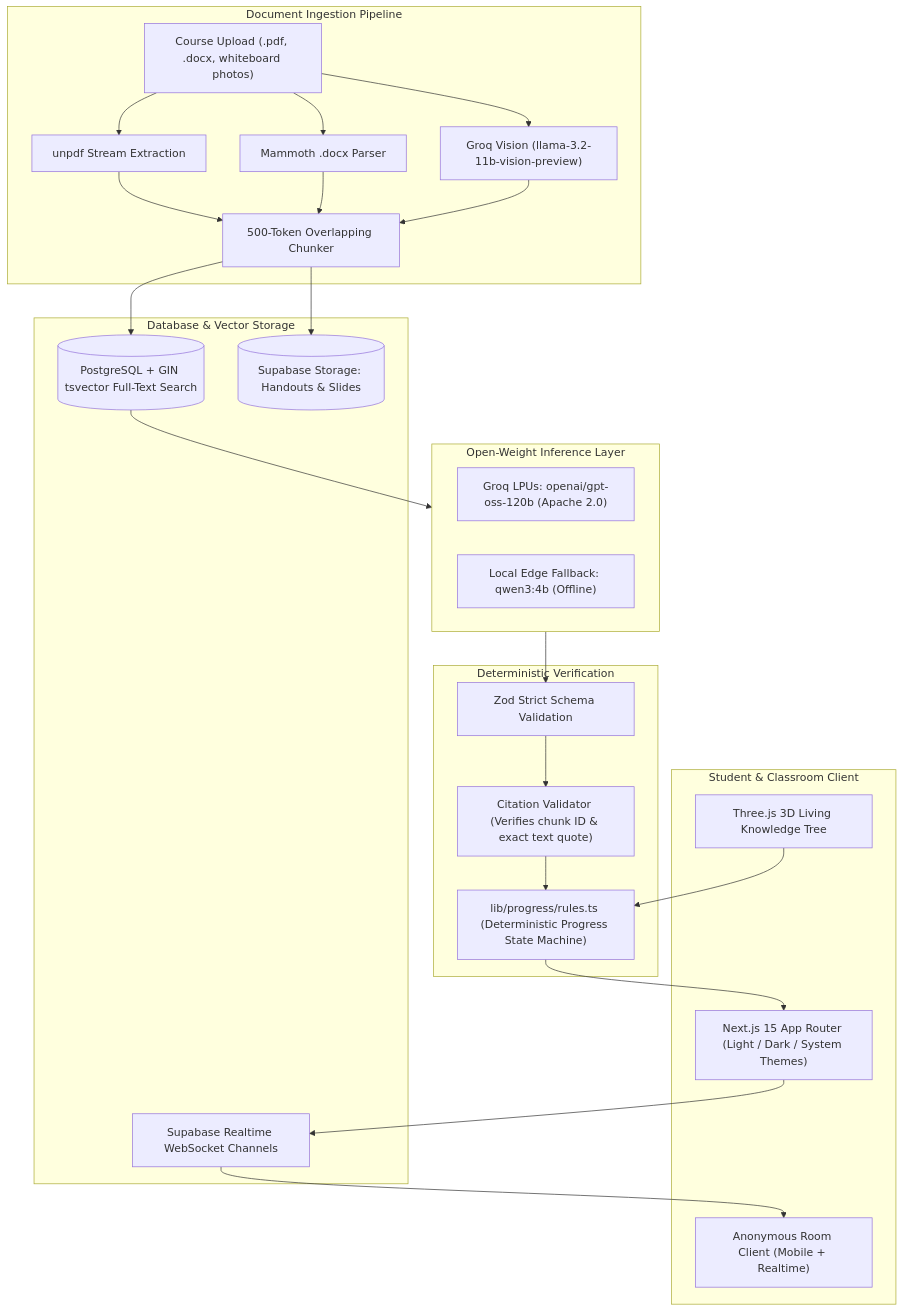
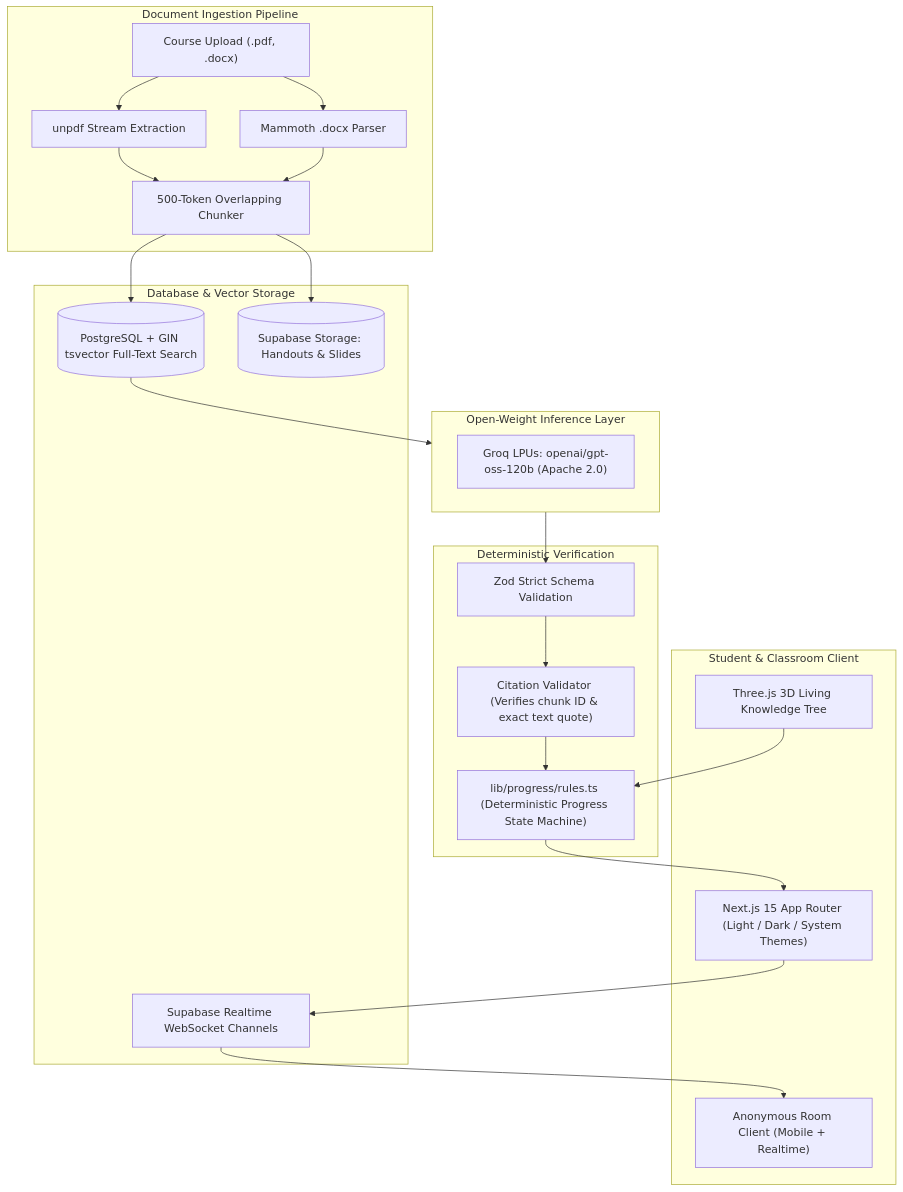
One commit to hicksonhaziel/rootwise changed the diagram in README.md. Above: the diagram before and after it, drawn with Mermaid. The commit also changed other lines of this file and 4 other files, not shown here.

````diff
--- a/README.md
+++ b/README.md
@@ -55,42 +55,40 @@
 ```mermaid
 flowchart TD
     subgraph Client["Student & Classroom Client"]
         UI["Next.js 15 App Router (Light / Dark / System Themes)"]
         Tree["Three.js 3D Living Knowledge Tree"]
         Room["Anonymous Room Client (Mobile + Realtime)"]
     end
 
     subgraph Ingestion["Document Ingestion Pipeline"]
-        Upload["Course Upload (.pdf, .docx, whiteboard photos)"]
-        OCR["Groq Vision (llama-3.2-11b-vision-preview)"]
+        Upload["Course Upload (.pdf, .docx)"]
         Word["Mammoth .docx Parser"]
         PDF["unpdf Stream Extraction"]
         Chunker["500-Token Overlapping Chunker"]
     end
 
     subgraph Storage["Database & Vector Storage"]
         DB[("PostgreSQL + GIN tsvector Full-Text Search")]
         Bucket[("Supabase Storage: Handouts & Slides")]
         Realtime["Supabase Realtime WebSocket Channels"]
     end
 
     subgraph AI["Open-Weight Inference Layer"]
         Groq["Groq LPUs: openai/gpt-oss-120b (Apache 2.0)"]
-        Ollama["Local Edge Fallback: qwen3:4b (Offline)"]
     end
 
     subgraph Guardrails["Deterministic Verification"]
         Zod["Zod Strict Schema Validation"]
         CiteVal["Citation Validator (Verifies chunk ID & exact text quote)"]
         Rules["lib/progress/rules.ts (Deterministic Progress State Machine)"]
     end
 
-    Upload --> PDF & Word & OCR
-    PDF & Word & OCR --> Chunker
+    Upload --> PDF & Word
+    PDF & Word --> Chunker
     Chunker --> Bucket & DB
     UI --> Realtime
     Realtime --> Room
     DB --> AI
     AI --> Zod --> CiteVal --> Rules --> UI
     Tree --> Rules
 ```
````
